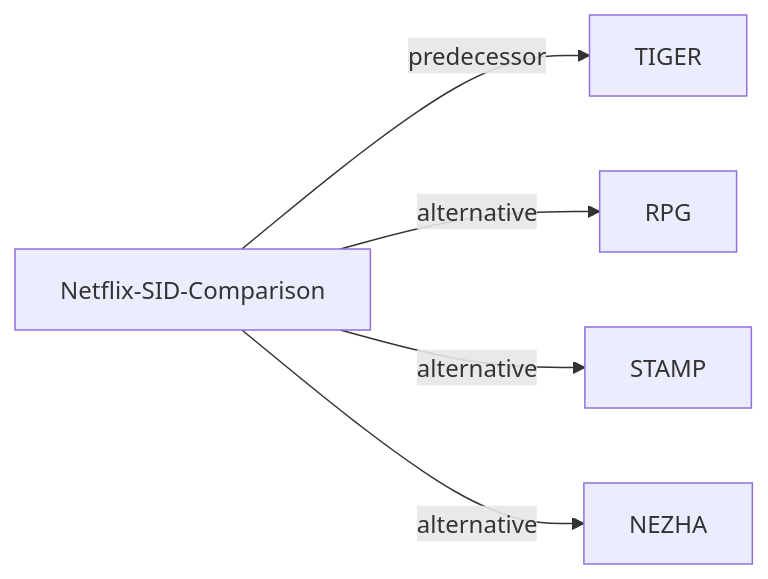
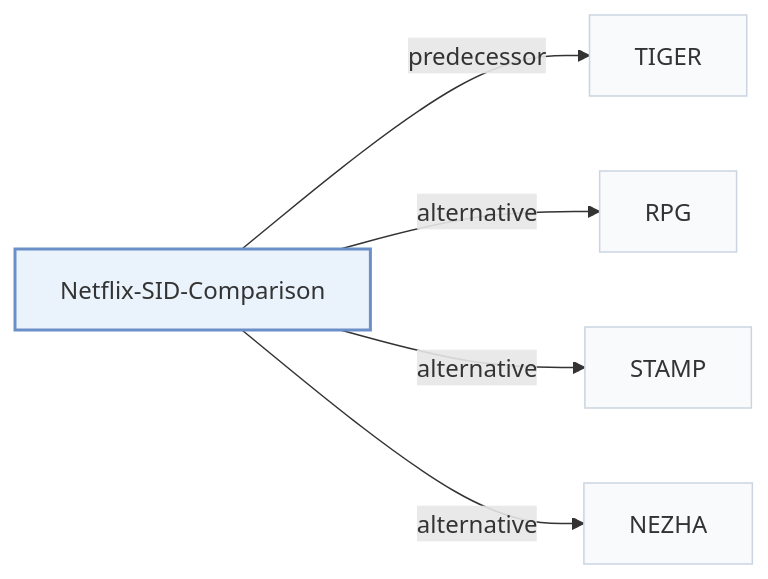
The second of 2 diagrams in pages/papers/netflix-sid-comparison.md (Galaxy-ghost/Awesome-SID-Generative-Rec), drawn with Mermaid before and after one commit. The commit also changed other lines of this file and 649 other files, not shown here.

Commit message:
writer-05: also tags and modality index (schema, check, build, visuals); summary field removed; calibration data for 12 papers

````diff
--- a/pages/papers/netflix-sid-comparison.md
+++ b/pages/papers/netflix-sid-comparison.md
@@ -67,8 +71,12 @@
 ```mermaid
 flowchart LR
     P["Netflix-SID-Comparison"]
-    P -->|predecessor| A["TIGER"]
-    P -->|alternative| B["RPG"]
-    P -->|alternative| C["STAMP"]
-    P -->|alternative| D["NEZHA"]
+    P -->|"predecessor"| A["TIGER"]
+    P -->|"alternative"| B["RPG"]
+    P -->|"alternative"| C["STAMP"]
+    P -->|"alternative"| D["NEZHA"]
+    classDef main fill:#eaf2fb,stroke:#6b8fc7,stroke-width:2px
+    classDef peer fill:#f8fafc,stroke:#cbd5e1
+    class P main
+    class A,B,C,D peer
 ```
````
